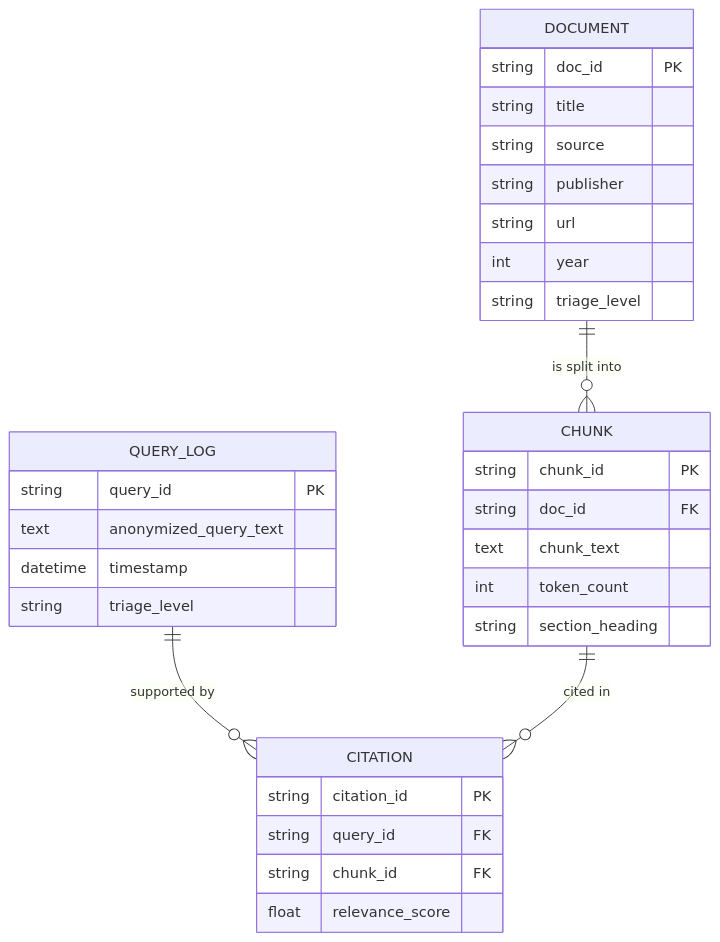
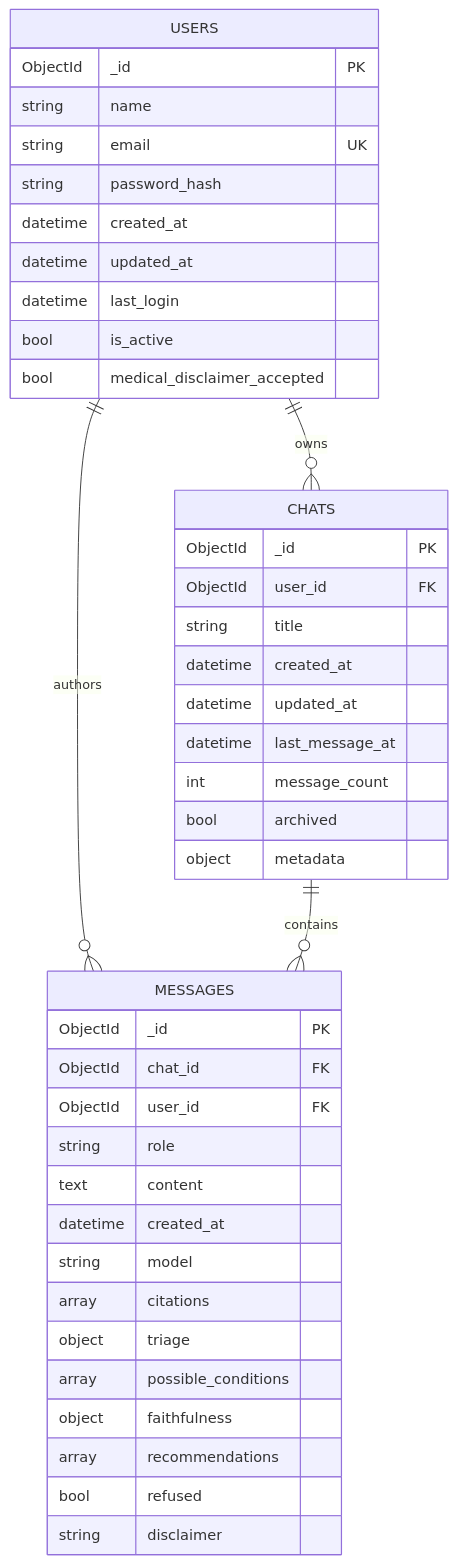
The fourth of 6 diagrams in docs/synopsis_diagrams.md (liyakat-12/medical-diagnosis-assistant-llm-rag), drawn with Mermaid before and after one commit. The commit also changed other lines of this file and 229 other files, not shown here.

````diff
--- a/docs/synopsis_diagrams.md
+++ b/docs/synopsis_diagrams.md
@@ -74,35 +109,45 @@
 ```mermaid
 erDiagram
-    DOCUMENT {
-        string doc_id PK
+    USERS {
+        ObjectId _id PK
+        string name
+        string email UK
+        string password_hash
+        datetime created_at
+        datetime updated_at
+        datetime last_login
+        bool is_active
+        bool medical_disclaimer_accepted
+    }
+    CHATS {
+        ObjectId _id PK
+        ObjectId user_id FK
         string title
-        string source
-        string publisher
-        string url
-        int year
-        string triage_level
+        datetime created_at
+        datetime updated_at
+        datetime last_message_at
+        int message_count
+        bool archived
+        object metadata
     }
-    CHUNK {
-        string chunk_id PK
-        string doc_id FK
-        text chunk_text
-        int token_count
-        string section_heading
-    }
-    QUERY_LOG {
-        string query_id PK
-        text anonymized_query_text
-        datetime timestamp
-        string triage_level
-    }
-    CITATION {
-        string citation_id PK
-        string query_id FK
-        string chunk_id FK
-        float relevance_score
+    MESSAGES {
+        ObjectId _id PK
+        ObjectId chat_id FK
+        ObjectId user_id FK
+        string role
+        text content
+        datetime created_at
+        string model
+        array citations
+        object triage
+        array possible_conditions
+        object faithfulness
+        array recommendations
+        bool refused
+        string disclaimer
     }
 
-    DOCUMENT ||--o{ CHUNK : "is split into"
-    QUERY_LOG ||--o{ CITATION : "supported by"
-    CHUNK ||--o{ CITATION : "cited in"
+    USERS ||--o{ CHATS : "owns"
+    USERS ||--o{ MESSAGES : "authors"
+    CHATS ||--o{ MESSAGES : "contains"
 ```
````
